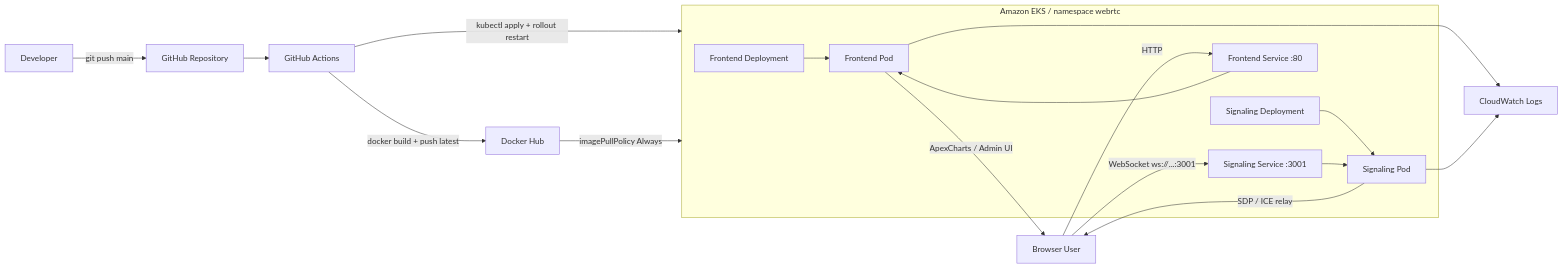
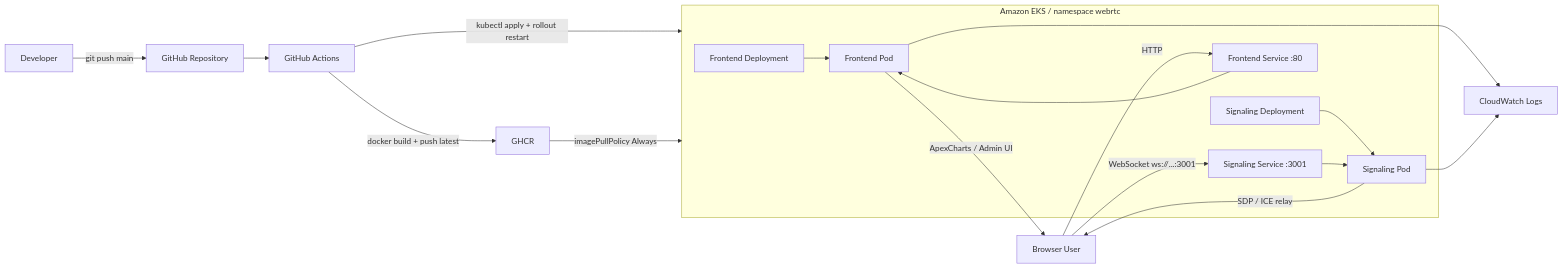
The first of 2 diagrams in Readme.md (edumgt/webrtc-app), drawn with Mermaid before and after one commit. The commit also changed other lines of this file and 1 other file, not shown here.

Commit message:
Add GHCR image publish workflow (#5)

````diff
--- a/Readme.md
+++ b/Readme.md
@@ -224,28 +224,28 @@
 ```mermaid
 flowchart LR
     A[Developer] -->|git push main| B[GitHub Repository]
     B --> C[GitHub Actions]
-    C -->|docker build + push latest| D[Docker Hub]
+    C -->|docker build + push latest| D[GHCR]
     C -->|kubectl apply + rollout restart| E[Amazon EKS]
     D -->|imagePullPolicy Always| E
 
     subgraph E[Amazon EKS / namespace webrtc]
       F[Frontend Deployment]
       G[Signaling Deployment]
       H[Frontend Service :80]
       I[Signaling Service :3001]
       J[Frontend Pod]
       K[Signaling Pod]
       F --> J
       G --> K
       H --> J
       I --> K
     end
 
     L[Browser User] -->|HTTP| H
     L -->|WebSocket ws://...:3001| I
     J -->|ApexCharts / Admin UI| L
     K -->|SDP / ICE relay| L
     J --> M[CloudWatch Logs]
     K --> M
 ```
````
